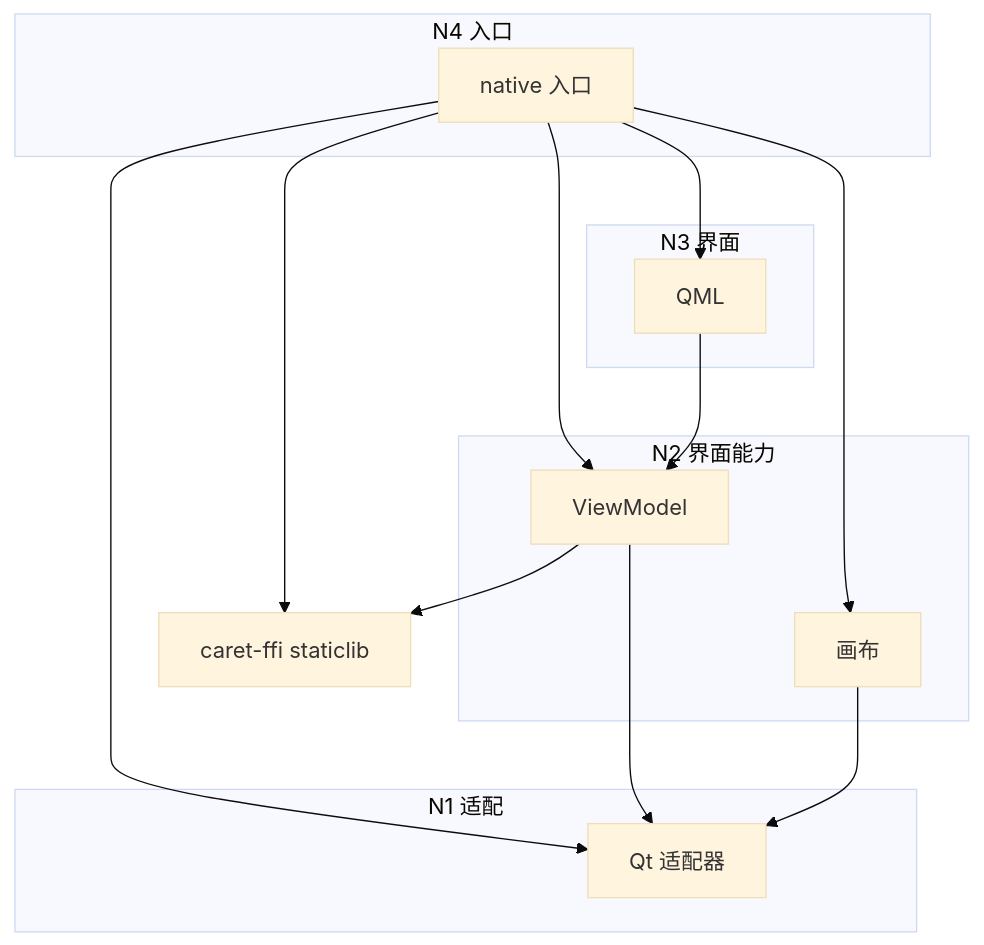
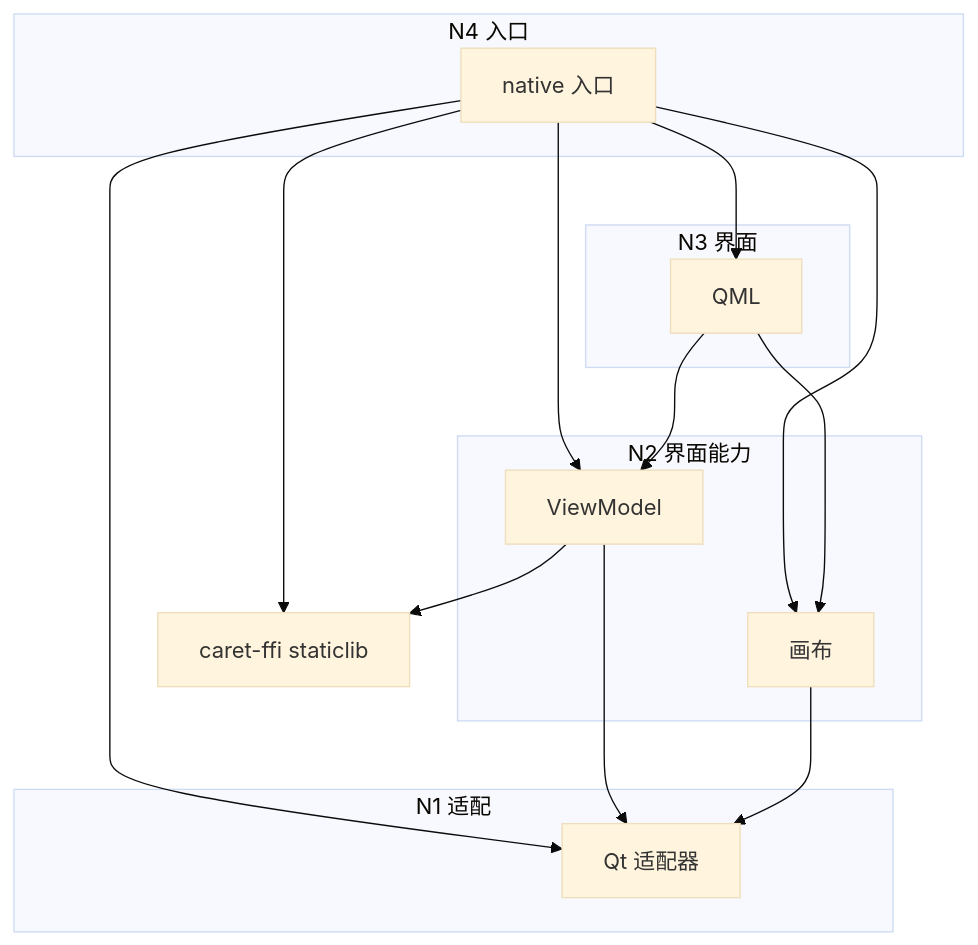
Before and after one commit to VibeSTEM/caret: the second of 2 diagrams in ai-docs/standards/layering.md, drawn with Mermaid (base theme). The commit also changed other lines of this file and 78 other files, not shown here.

````diff
--- a/ai-docs/standards/layering.md
+++ b/ai-docs/standards/layering.md
@@ -64,28 +64,29 @@
 ```mermaid
 flowchart TB
   subgraph N4["N4 入口"]
     entry["native 入口"]
   end
   subgraph N3["N3 界面"]
     qml["QML"]
   end
   subgraph N2["N2 界面能力"]
     vm["ViewModel"]
     canvas["画布"]
   end
   subgraph N1["N1 适配"]
     adapter["Qt 适配器"]
   end
   staticlib["caret-ffi staticlib"]
 
   entry --> qml
   entry --> vm
   entry --> canvas
   entry --> adapter
   entry --> staticlib
   qml --> vm
+  qml --> canvas
   vm --> adapter
   vm --> staticlib
   canvas --> adapter
   vm ~~~ canvas
 ```
````
